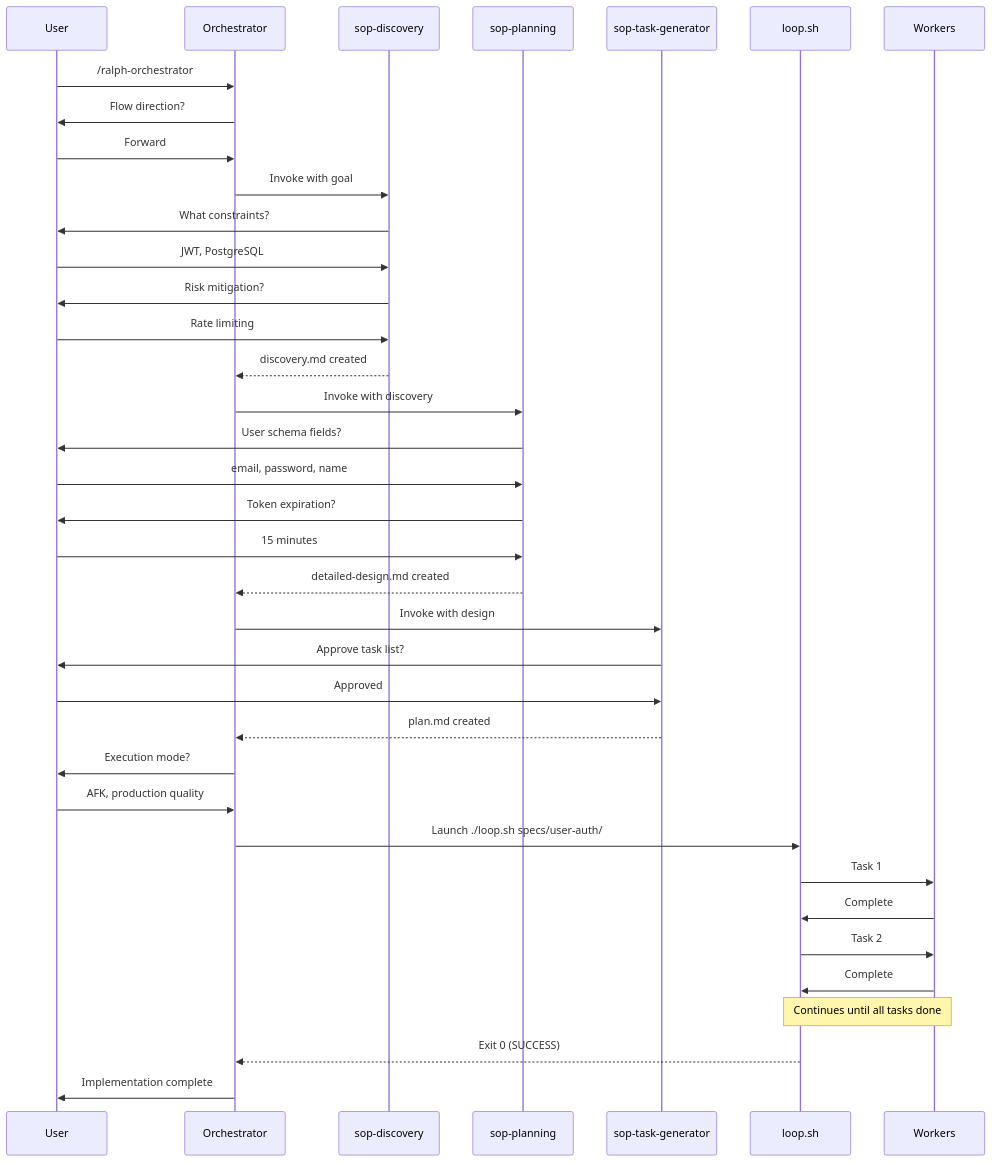
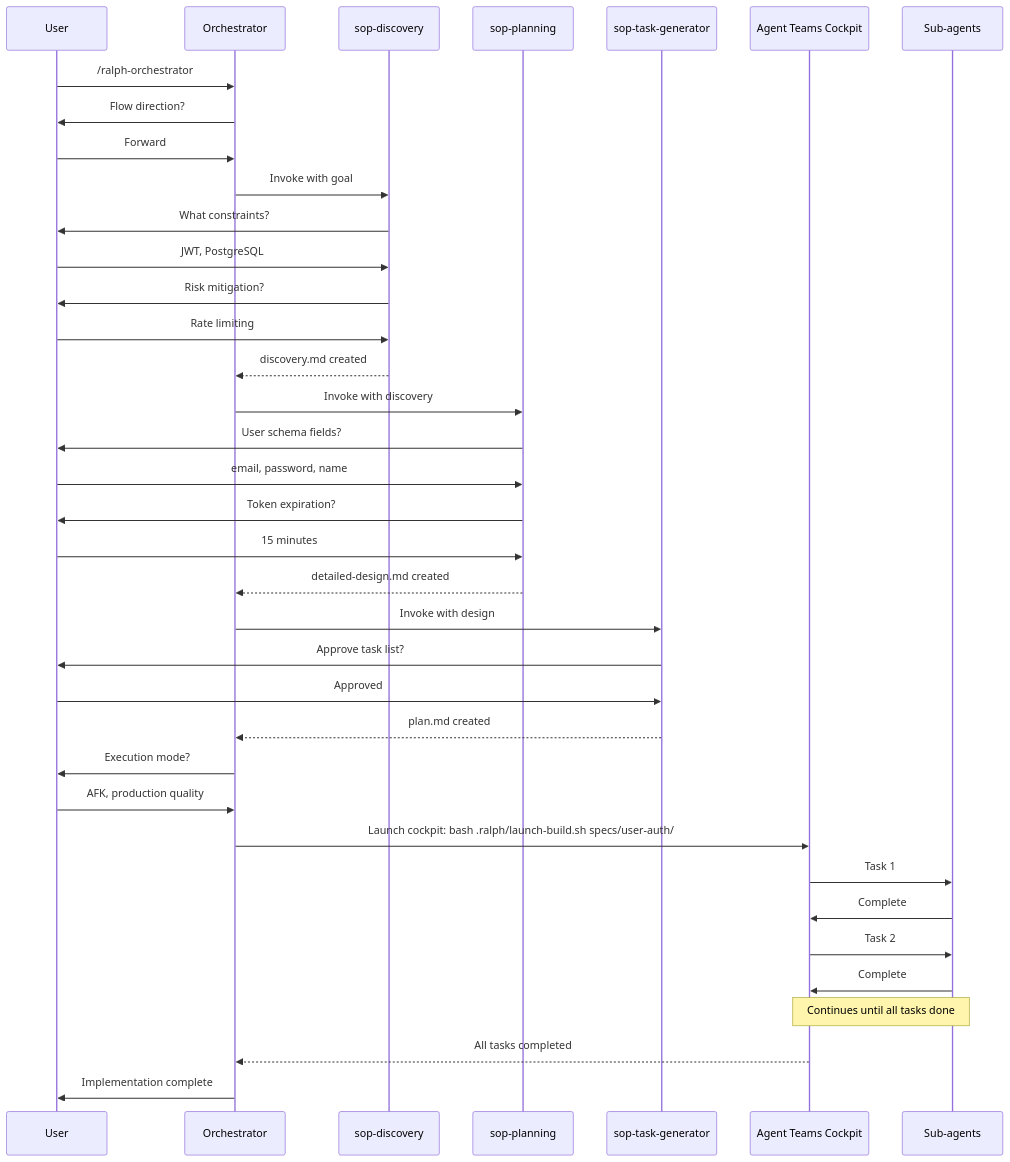
The second of 3 diagrams in skills/ralph-orchestrator/references/sop-integration.md (Dario-Arcos/ai-framework), drawn with Mermaid before and after one commit. The commit also changed other lines of this file and 45 other files, not shown here.

First line of the commit message:
refactor(ralph-orchestrator): migrate to Agent Teams with coordinator + sub-agent pattern

````diff
--- a/skills/ralph-orchestrator/references/sop-integration.md
+++ b/skills/ralph-orchestrator/references/sop-integration.md
@@ -368,45 +368,45 @@
 ```mermaid
 sequenceDiagram
     participant U as User
     participant O as Orchestrator
     participant D as sop-discovery
     participant P as sop-planning
     participant T as sop-task-generator
-    participant L as loop.sh
-    participant W as Workers
+    participant C as Agent Teams Cockpit
+    participant S as Sub-agents
 
     U->>O: /ralph-orchestrator
     O->>U: Flow direction?
     U->>O: Forward
 
     O->>D: Invoke with goal
     D->>U: What constraints?
     U->>D: JWT, PostgreSQL
     D->>U: Risk mitigation?
     U->>D: Rate limiting
     D-->>O: discovery.md created
 
     O->>P: Invoke with discovery
     P->>U: User schema fields?
     U->>P: email, password, name
     P->>U: Token expiration?
     U->>P: 15 minutes
     P-->>O: detailed-design.md created
 
     O->>T: Invoke with design
     T->>U: Approve task list?
     U->>T: Approved
     T-->>O: plan.md created
 
     O->>U: Execution mode?
     U->>O: AFK, production quality
 
-    O->>L: Launch ./loop.sh specs/user-auth/
-    L->>W: Task 1
-    W->>L: Complete
-    L->>W: Task 2
-    W->>L: Complete
-    Note over L,W: Continues until all tasks done
-    L-->>O: Exit 0 (SUCCESS)
+    O->>C: Launch cockpit: bash .ralph/launch-build.sh specs/user-auth/
+    C->>S: Task 1
+    S->>C: Complete
+    C->>S: Task 2
+    S->>C: Complete
+    Note over C,S: Continues until all tasks done
+    C-->>O: All tasks completed
     O->>U: Implementation complete
 ```
````
